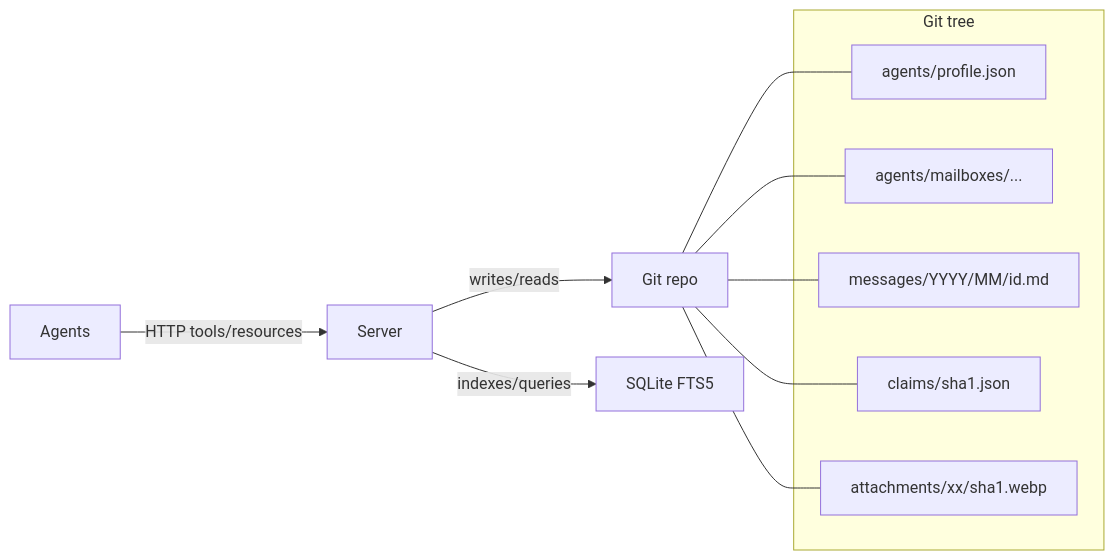
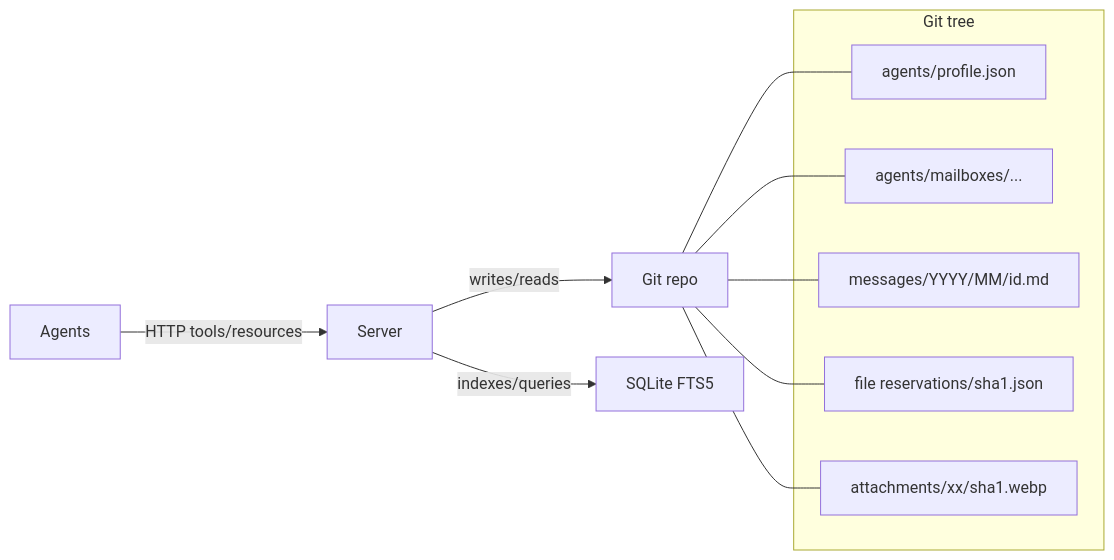
One commit to Dicklesworthstone/mcp_agent_mail changed the first of 4 diagrams in README.md. Above: the diagram before and after it, drawn with Mermaid. The commit also changed other lines of this file and 15 other files, not shown here.

First line of the commit message:
refactor(terminology): rename "claims" to "file reservations" for clarity

````diff
--- a/README.md
+++ b/README.md
@@ -47,25 +47,25 @@
 ```mermaid
 graph LR
   A[Agents]
   S[Server]
   G[Git repo]
   Q[SQLite FTS5]
 
   A -->|HTTP tools/resources| S
   S -->|writes/reads| G
   S -->|indexes/queries| Q
 
   subgraph GitTree["Git tree"]
     GI1[agents/profile.json]
     GI2[agents/mailboxes/...]
     GI3[messages/YYYY/MM/id.md]
-    GI4[claims/sha1.json]
+    GI4[file reservations/sha1.json]
     GA[attachments/xx/sha1.webp]
   end
 
   G --- GI1
   G --- GI2
   G --- GI3
   G --- GI4
   G --- GA
 ```
````
